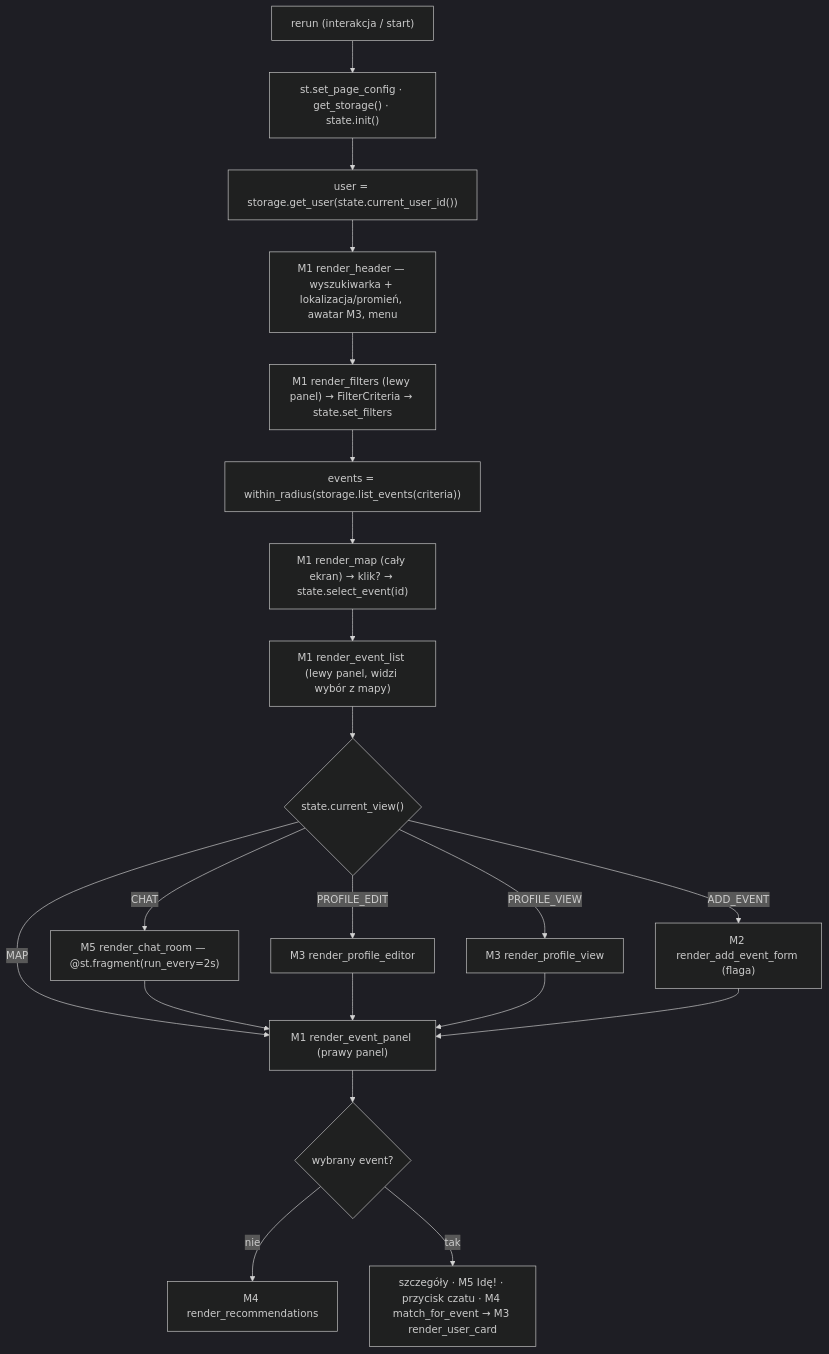
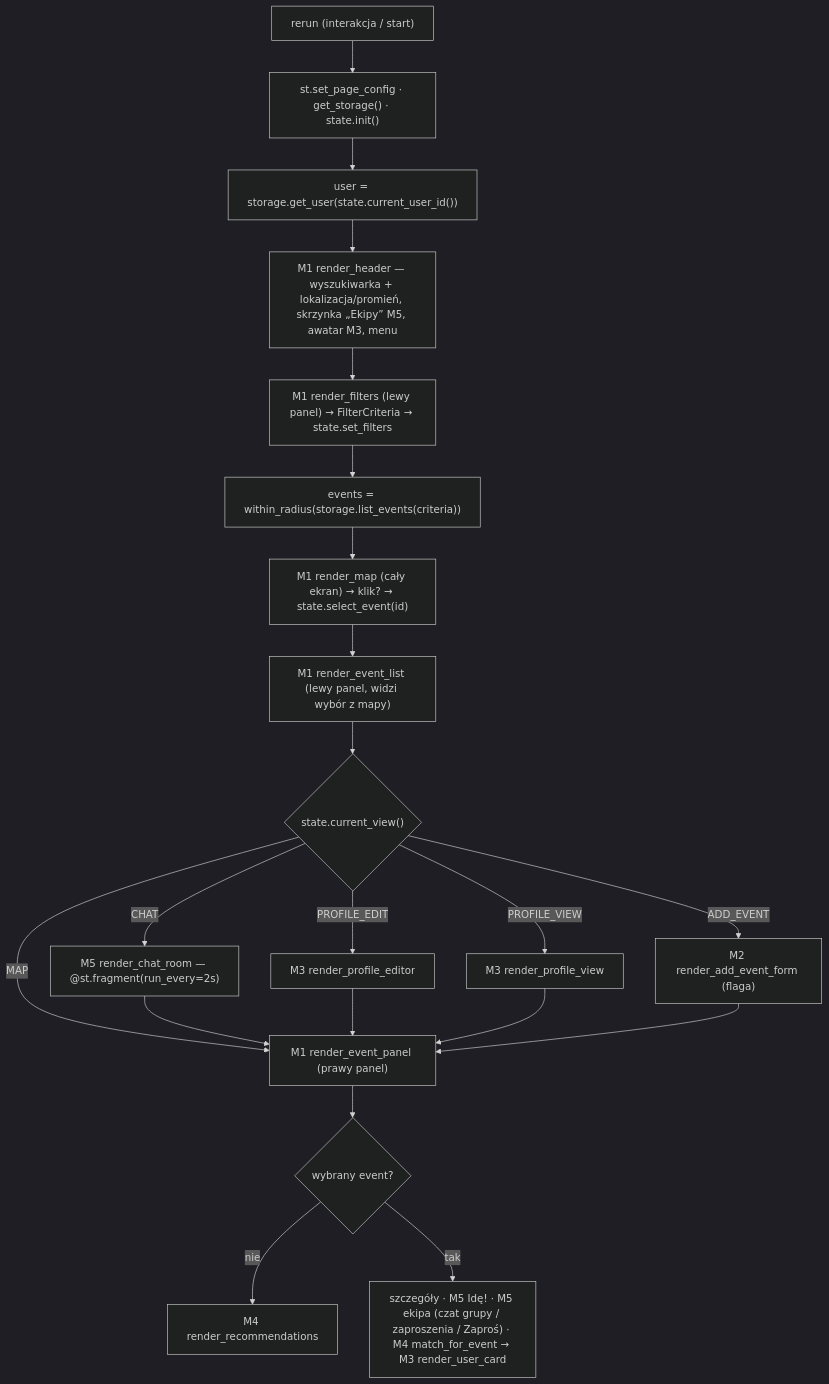
One commit to klonicaWeronika/HackYeah26_event_app changed the fifth of 8 diagrams in ARCHITECTURE.md. Above: the diagram before and after it, drawn with Mermaid (dark theme). The commit also changed other lines of this file and 17 other files, not shown here.

````diff
--- a/ARCHITECTURE.md
+++ b/ARCHITECTURE.md
@@ -169,20 +206,20 @@
 ```mermaid
 flowchart TD
     A["rerun (interakcja / start)"] --> B["st.set_page_config · get_storage() · state.init()"]
     B --> C["user = storage.get_user(state.current_user_id())"]
-    C --> D["M1 render_header — wyszukiwarka + lokalizacja/promień, awatar M3, menu"]
+    C --> D["M1 render_header — wyszukiwarka + lokalizacja/promień, skrzynka „Ekipy” M5, awatar M3, menu"]
     D --> E["M1 render_filters (lewy panel) → FilterCriteria → state.set_filters"]
     E --> F["events = within_radius(storage.list_events(criteria))"]
     F --> H["M1 render_map (cały ekran) → klik? → state.select_event(id)"]
     H --> LST["M1 render_event_list (lewy panel, widzi wybór z mapy)"]
     LST --> G{"state.current_view()"}
     G -->|CHAT| I["M5 render_chat_room — @st.fragment(run_every=2s)"]
     G -->|PROFILE_EDIT| J["M3 render_profile_editor"]
     G -->|PROFILE_VIEW| K["M3 render_profile_view"]
     G -->|ADD_EVENT| L["M2 render_add_event_form (flaga)"]
     G -->|MAP| P
     I & J & K & L --> P["M1 render_event_panel (prawy panel)"]
     P --> Q{"wybrany event?"}
     Q -->|nie| R["M4 render_recommendations"]
-    Q -->|tak| S["szczegóły · M5 Idę! · przycisk czatu · M4 match_for_event → M3 render_user_card"]
+    Q -->|tak| S["szczegóły · M5 Idę! · M5 ekipa (czat grupy / zaproszenia / Zaproś) · M4 match_for_event → M3 render_user_card"]
 ```
````
